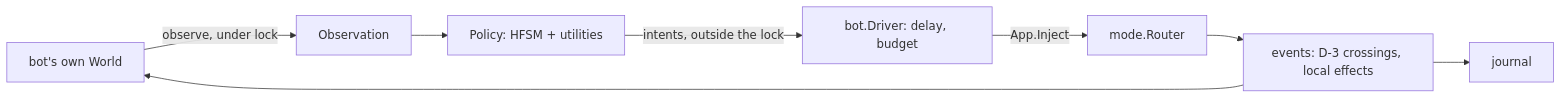
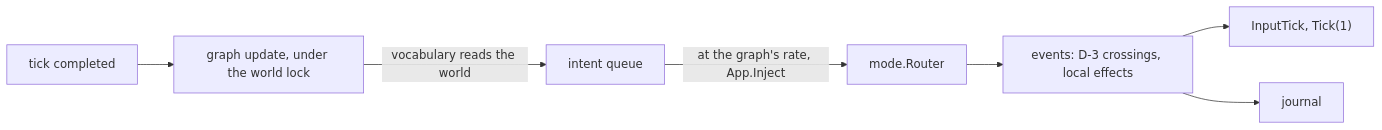
One commit to lixenwraith/vif changed the diagram in doc/todo-bots.md. Above: the diagram before and after it, drawn with Mermaid. The commit also changed other lines of this file and 1 other file, not shown here.

````diff
--- a/doc/todo-bots.md
+++ b/doc/todo-bots.md
@@ -44,10 +47,9 @@
 ```mermaid
 flowchart LR
-    World["bot's own World"] -->|"observe, under lock"| Obs["Observation"]
-    Obs --> Policy["Policy: HFSM + utilities"]
-    Policy -->|"intents, outside the lock"| Driver["bot.Driver: delay, budget"]
-    Driver -->|"App.Inject"| Router["mode.Router"]
+    Tick["tick completed"] --> Update["graph update, under the world lock"]
+    Update -->|"vocabulary reads the world"| Queue["intent queue"]
+    Queue -->|"at the graph's rate, App.Inject"| Router["mode.Router"]
     Router --> Events["events: D-3 crossings, local effects"]
-    Events --> World
+    Events --> Next["InputTick, Tick(1)"]
     Events --> Journal["journal"]
 ```
````
